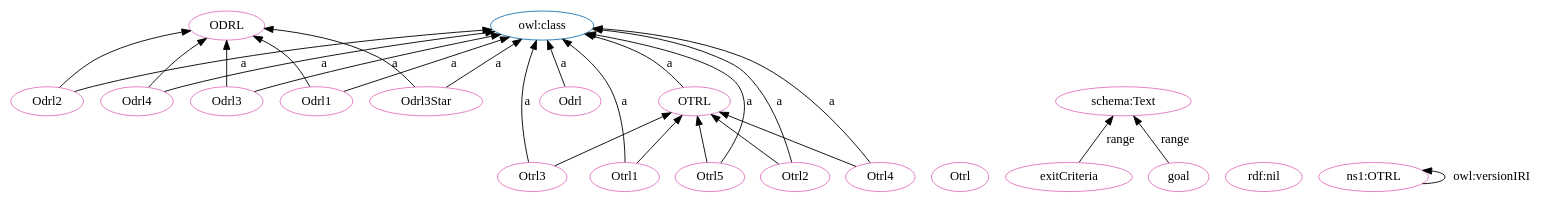
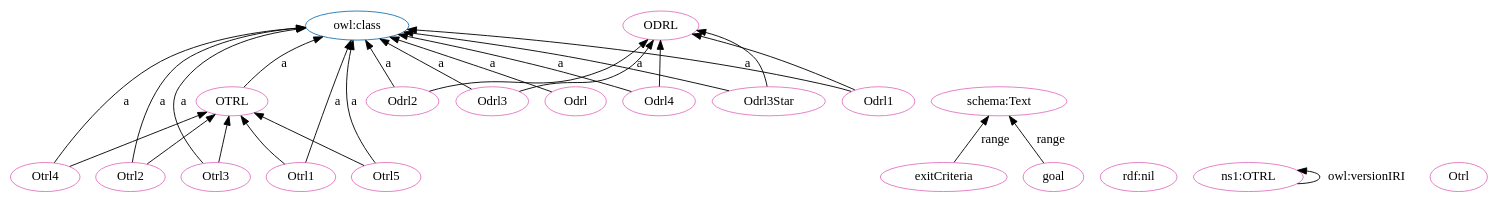
The diagram in OTRL-clean.dot (OPEN-NEXT/OKH-LOSH), drawn with Graphviz before and after one commit. The commit also changed other lines of this file and 16 other files, not shown here.

```diff
--- a/OTRL-clean.dot
+++ b/OTRL-clean.dot
@@ -1,51 +1,51 @@
 digraph G {
   rankdir=BT
   node[height=.3]
-"http://purl.org/oseg/ontologies/OTRL#ODRL" [fillcolor="#1f77b4" color="#1f77b4" label="ODRL"]
 "http://purl.org/oseg/ontologies/OTRL#OTRL" [fillcolor="#1f77b4" color="#1f77b4" label="OTRL"]
 "http://www.w3.org/2002/07/owl#class" [fillcolor="#1f77b4" color="#1f77b4" label="owl:class"]
+"http://purl.org/oseg/ontologies/OTRL#ODRL" [fillcolor="#1f77b4" color="#1f77b4" label="ODRL"]
+"http://schema.org/Text" [fillcolor="#e377c2" color="#e377c2" label="schema:Text"]
+"http://purl.org/oseg/ontologies/OTRL#OTRL" [fillcolor="#e377c2" color="#e377c2" label="OTRL"]
+"http://purl.org/oseg/ontologies/OTRL#exitCriteria" [fillcolor="#e377c2" color="#e377c2" label="exitCriteria"]
+"http://purl.org/oseg/ontologies/OTRL#Odrl" [fillcolor="#e377c2" color="#e377c2" label="Odrl"]
 "http://purl.org/oseg/ontologies/OTRL#ODRL" [fillcolor="#e377c2" color="#e377c2" label="ODRL"]
+"http://purl.org/oseg/ontologies/OTRL#Otrl3" [fillcolor="#e377c2" color="#e377c2" label="Otrl3"]
+"http://purl.org/oseg/ontologies/OTRL#Odrl3Star" [fillcolor="#e377c2" color="#e377c2" label="Odrl3Star"]
+"http://purl.org/oseg/ontologies/OTRL#Otrl1" [fillcolor="#e377c2" color="#e377c2" label="Otrl1"]
+"http://purl.org/oseg/ontologies/OTRL#Otrl2" [fillcolor="#e377c2" color="#e377c2" label="Otrl2"]
+"http://purl.org/oseg/ontologies/OTRL#Odrl3" [fillcolor="#e377c2" color="#e377c2" label="Odrl3"]
+"http://www.w3.org/1999/02/22-rdf-syntax-ns#nil" [fillcolor="#e377c2" color="#e377c2" label="rdf:nil"]
+"http://purl.org/oseg/ontologies/OTRL#goal" [fillcolor="#e377c2" color="#e377c2" label="goal"]
+"http://purl.org/oseg/ontologies/OTRL#Otrl4" [fillcolor="#e377c2" color="#e377c2" label="Otrl4"]
+"http://purl.org/oseg/ontologies/OTRL#Odrl2" [fillcolor="#e377c2" color="#e377c2" label="Odrl2"]
+"http://purl.org/oseg/ontologies/OTRL#Otrl5" [fillcolor="#e377c2" color="#e377c2" label="Otrl5"]
+"http://purl.org/oseg/ontologies/OTRL" [fillcolor="#e377c2" color="#e377c2" label="ns1:OTRL"]
+"http://purl.org/oseg/ontologies/OTRL#Odrl4" [fillcolor="#e377c2" color="#e377c2" label="Odrl4"]
+"http://purl.org/oseg/ontologies/OTRL#Odrl1" [fillcolor="#e377c2" color="#e377c2" label="Odrl1"]
 "http://purl.org/oseg/ontologies/OTRL#Otrl" [fillcolor="#e377c2" color="#e377c2" label="Otrl"]
-"http://purl.org/oseg/ontologies/OTRL#Odrl2" [fillcolor="#e377c2" color="#e377c2" label="Odrl2"]
-"http://purl.org/oseg/ontologies/OTRL#OTRL" [fillcolor="#e377c2" color="#e377c2" label="OTRL"]
-"http://schema.org/Text" [fillcolor="#e377c2" color="#e377c2" label="schema:Text"]
-"http://purl.org/oseg/ontologies/OTRL#Odrl4" [fillcolor="#e377c2" color="#e377c2" label="Odrl4"]
-"http://www.w3.org/1999/02/22-rdf-syntax-ns#nil" [fillcolor="#e377c2" color="#e377c2" label="rdf:nil"]
-"http://purl.org/oseg/ontologies/OTRL#Odrl" [fillcolor="#e377c2" color="#e377c2" label="Odrl"]
-"http://purl.org/oseg/ontologies/OTRL#Otrl3" [fillcolor="#e377c2" color="#e377c2" label="Otrl3"]
-"http://purl.org/oseg/ontologies/OTRL#Otrl1" [fillcolor="#e377c2" color="#e377c2" label="Otrl1"]
-"http://purl.org/oseg/ontologies/OTRL#Odrl3" [fillcolor="#e377c2" color="#e377c2" label="Odrl3"]
-"http://purl.org/oseg/ontologies/OTRL#Otrl5" [fillcolor="#e377c2" color="#e377c2" label="Otrl5"]
-"http://purl.org/oseg/ontologies/OTRL#exitCriteria" [fillcolor="#e377c2" color="#e377c2" label="exitCriteria"]
-"http://purl.org/oseg/ontologies/OTRL#Odrl1" [fillcolor="#e377c2" color="#e377c2" label="Odrl1"]
-"http://purl.org/oseg/ontologies/OTRL#goal" [fillcolor="#e377c2" color="#e377c2" label="goal"]
-"http://purl.org/oseg/ontologies/OTRL" [fillcolor="#e377c2" color="#e377c2" label="ns1:OTRL"]
-"http://purl.org/oseg/ontologies/OTRL#Otrl2" [fillcolor="#e377c2" color="#e377c2" label="Otrl2"]
-"http://purl.org/oseg/ontologies/OTRL#Odrl3Star" [fillcolor="#e377c2" color="#e377c2" label="Odrl3Star"]
-"http://purl.org/oseg/ontologies/OTRL#Otrl4" [fillcolor="#e377c2" color="#e377c2" label="Otrl4"]
+  "http://purl.org/oseg/ontologies/OTRL#Odrl" -> "http://www.w3.org/2002/07/owl#class" [label="a"]
+  "http://purl.org/oseg/ontologies/OTRL#Otrl3" -> "http://www.w3.org/2002/07/owl#class" [label="a"]
+  "http://purl.org/oseg/ontologies/OTRL#Odrl3Star" -> "http://www.w3.org/2002/07/owl#class" [label="a"]
+  "http://purl.org/oseg/ontologies/OTRL#Otrl1" -> "http://www.w3.org/2002/07/owl#class" [label="a"]
+  "http://purl.org/oseg/ontologies/OTRL#Otrl2" -> "http://www.w3.org/2002/07/owl#class" [label="a"]
+  "http://purl.org/oseg/ontologies/OTRL#Odrl3Star" -> "http://purl.org/oseg/ontologies/OTRL#ODRL" [label=""]
+  "http://purl.org/oseg/ontologies/OTRL#Odrl3" -> "http://www.w3.org/2002/07/owl#class" [label="a"]
   "http://purl.org/oseg/ontologies/OTRL#Odrl3" -> "http://purl.org/oseg/ontologies/OTRL#ODRL" [label=""]
-  "http://purl.org/oseg/ontologies/OTRL#Otrl1" -> "http://www.w3.org/2002/07/owl#class" [label="a"]
   "http://purl.org/oseg/ontologies/OTRL#Otrl5" -> "http://www.w3.org/2002/07/owl#class" [label="a"]
+  "http://purl.org/oseg/ontologies/OTRL#OTRL" -> "http://www.w3.org/2002/07/owl#class" [label="a"]
+  "http://purl.org/oseg/ontologies/OTRL#Otrl5" -> "http://purl.org/oseg/ontologies/OTRL#OTRL" [label=""]
+  "http://purl.org/oseg/ontologies/OTRL#Odrl1" -> "http://purl.org/oseg/ontologies/OTRL#ODRL" [label=""]
+  "http://purl.org/oseg/ontologies/OTRL#Otrl2" -> "http://purl.org/oseg/ontologies/OTRL#OTRL" [label=""]
+  "http://purl.org/oseg/ontologies/OTRL#Odrl2" -> "http://purl.org/oseg/ontologies/OTRL#ODRL" [label=""]
+  "http://purl.org/oseg/ontologies/OTRL#exitCriteria" -> "http://schema.org/Text" [label="range"]
+  "http://purl.org/oseg/ontologies/OTRL#Otrl4" -> "http://purl.org/oseg/ontologies/OTRL#OTRL" [label=""]
+  "http://purl.org/oseg/ontologies/OTRL#goal" -> "http://schema.org/Text" [label="range"]
+  "http://purl.org/oseg/ontologies/OTRL#Odrl4" -> "http://purl.org/oseg/ontologies/OTRL#ODRL" [label=""]
+  "http://purl.org/oseg/ontologies/OTRL#Otrl4" -> "http://www.w3.org/2002/07/owl#class" [label="a"]
+  "http://purl.org/oseg/ontologies/OTRL#Odrl2" -> "http://www.w3.org/2002/07/owl#class" [label="a"]
+  "http://purl.org/oseg/ontologies/OTRL#Odrl4" -> "http://www.w3.org/2002/07/owl#class" [label="a"]
+  "http://purl.org/oseg/ontologies/OTRL#Odrl1" -> "http://www.w3.org/2002/07/owl#class" [label="a"]
+  "http://purl.org/oseg/ontologies/OTRL#Otrl3" -> "http://purl.org/oseg/ontologies/OTRL#OTRL" [label=""]
   "http://purl.org/oseg/ontologies/OTRL#Otrl1" -> "http://purl.org/oseg/ontologies/OTRL#OTRL" [label=""]
-  "http://purl.org/oseg/ontologies/OTRL#Otrl5" -> "http://purl.org/oseg/ontologies/OTRL#OTRL" [label=""]
-  "http://purl.org/oseg/ontologies/OTRL#Odrl2" -> "http://purl.org/oseg/ontologies/OTRL#ODRL" [label=""]
-  "http://purl.org/oseg/ontologies/OTRL#Odrl3Star" -> "http://purl.org/oseg/ontologies/OTRL#ODRL" [label=""]
-  "http://purl.org/oseg/ontologies/OTRL#Odrl3Star" -> "http://www.w3.org/2002/07/owl#class" [label="a"]
-  "http://purl.org/oseg/ontologies/OTRL#OTRL" -> "http://www.w3.org/2002/07/owl#class" [label="a"]
-  "http://purl.org/oseg/ontologies/OTRL#Odrl1" -> "http://purl.org/oseg/ontologies/OTRL#ODRL" [label=""]
-  "http://purl.org/oseg/ontologies/OTRL#Otrl4" -> "http://www.w3.org/2002/07/owl#class" [label="a"]
   "http://purl.org/oseg/ontologies/OTRL" -> "http://purl.org/oseg/ontologies/OTRL" [label="owl:versionIRI"]
-  "http://purl.org/oseg/ontologies/OTRL#Odrl4" -> "http://purl.org/oseg/ontologies/OTRL#ODRL" [label=""]
-  "http://purl.org/oseg/ontologies/OTRL#Odrl2" -> "http://www.w3.org/2002/07/owl#class" [label="a"]
-  "http://purl.org/oseg/ontologies/OTRL#Otrl2" -> "http://purl.org/oseg/ontologies/OTRL#OTRL" [label=""]
-  "http://purl.org/oseg/ontologies/OTRL#exitCriteria" -> "http://schema.org/Text" [label="range"]
-  "http://purl.org/oseg/ontologies/OTRL#Odrl4" -> "http://www.w3.org/2002/07/owl#class" [label="a"]
-  "http://purl.org/oseg/ontologies/OTRL#goal" -> "http://schema.org/Text" [label="range"]
-  "http://purl.org/oseg/ontologies/OTRL#Otrl3" -> "http://www.w3.org/2002/07/owl#class" [label="a"]
-  "http://purl.org/oseg/ontologies/OTRL#Odrl3" -> "http://www.w3.org/2002/07/owl#class" [label="a"]
-  "http://purl.org/oseg/ontologies/OTRL#Odrl1" -> "http://www.w3.org/2002/07/owl#class" [label="a"]
-  "http://purl.org/oseg/ontologies/OTRL#Otrl4" -> "http://purl.org/oseg/ontologies/OTRL#OTRL" [label=""]
-  "http://purl.org/oseg/ontologies/OTRL#Otrl2" -> "http://www.w3.org/2002/07/owl#class" [label="a"]
-  "http://purl.org/oseg/ontologies/OTRL#Otrl3" -> "http://purl.org/oseg/ontologies/OTRL#OTRL" [label=""]
-  "http://purl.org/oseg/ontologies/OTRL#Odrl" -> "http://www.w3.org/2002/07/owl#class" [label="a"]
 }
```
